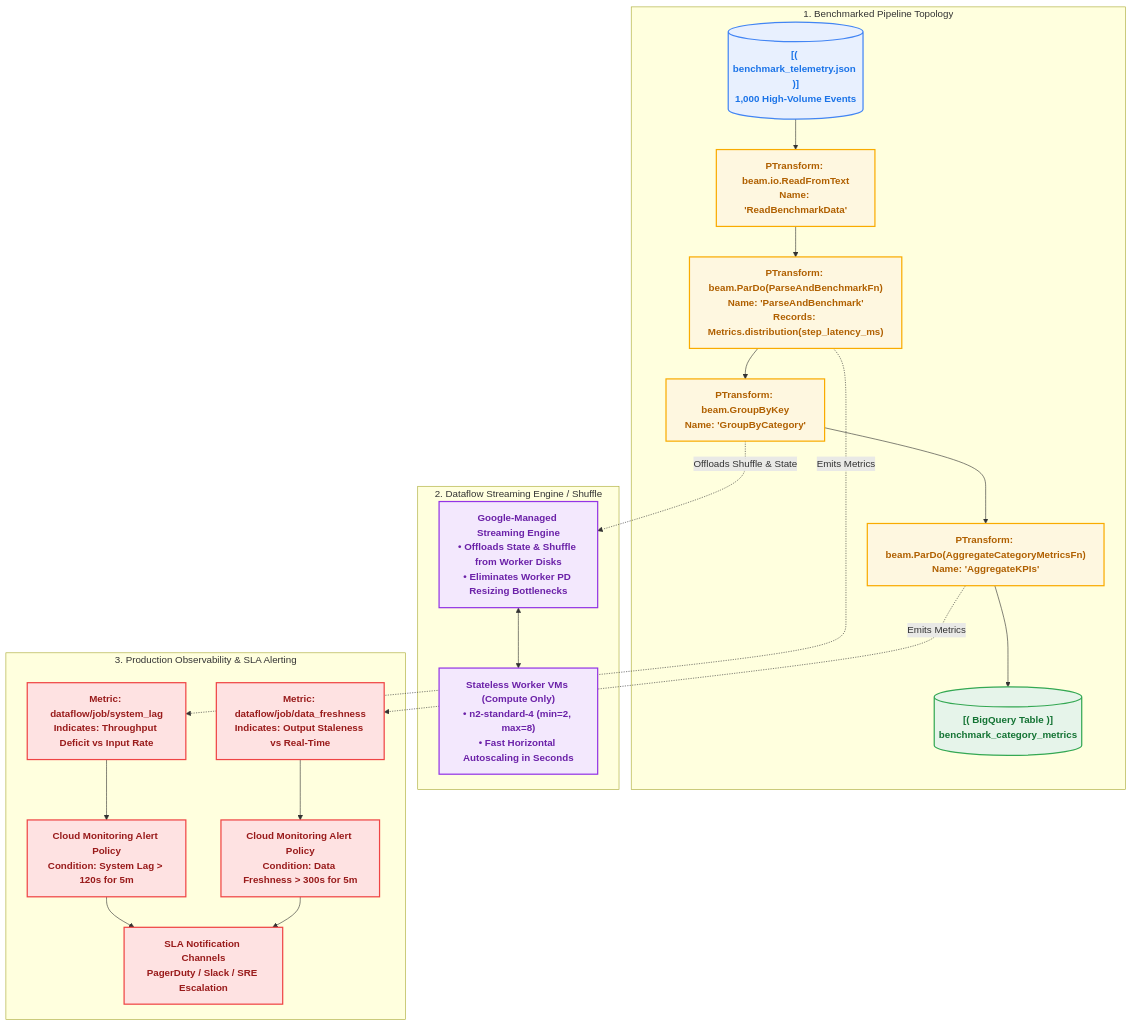
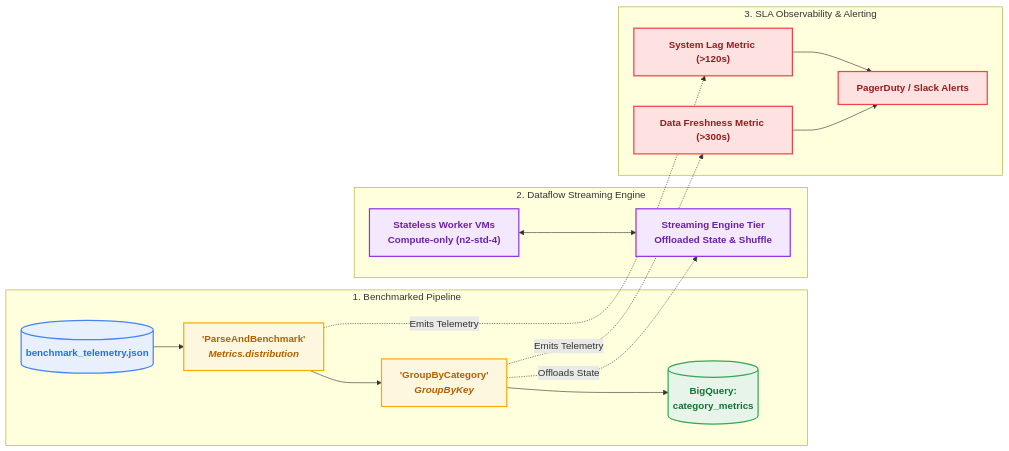
Before and after one commit to EilinLux/dataflow-workshops: the diagram in 05_streaming_engine_and_monitoring/README.md, drawn with Mermaid. The commit also changed 30 other files, not shown here.

Commit message:
docs: redraw and pack all mermaid diagrams into compact horizontal layouts

````diff
--- a/05_streaming_engine_and_monitoring/README.md
+++ b/05_streaming_engine_and_monitoring/README.md
@@ -24,48 +24,34 @@
 ```mermaid
-flowchart TD
+flowchart LR
     classDef pcoll fill:#e8f0fe,stroke:#4285f4,stroke-width:2px,color:#1a73e8,font-weight:bold;
     classDef ptrans fill:#fef7e0,stroke:#f9ab00,stroke-width:2px,color:#b06000,font-weight:bold;
     classDef sink fill:#e6f4ea,stroke:#34a853,stroke-width:2px,color:#137333,font-weight:bold;
     classDef engine fill:#f3e8fd,stroke:#9334e6,stroke-width:2px,color:#6b21a8,font-weight:bold;
     classDef alert fill:#fee2e2,stroke:#ef4444,stroke-width:2px,color:#991b1b,font-weight:bold;
 
-    subgraph Pipeline["1. Benchmarked Pipeline Topology"]
-        INPUT_DATA[("[( benchmark_telemetry.json )]<br/>1,000 High-Volume Events")]:::pcoll
-        T_READ["PTransform: beam.io.ReadFromText<br/>Name: 'ReadBenchmarkData'"]:::ptrans
-        T_BENCH["PTransform: beam.ParDo(ParseAndBenchmarkFn)<br/>Name: 'ParseAndBenchmark'<br/>Records: Metrics.distribution(step_latency_ms)"]:::ptrans
-        T_GBK["PTransform: beam.GroupByKey<br/>Name: 'GroupByCategory'"]:::ptrans
-        T_AGG["PTransform: beam.ParDo(AggregateCategoryMetricsFn)<br/>Name: 'AggregateKPIs'"]:::ptrans
-        BQ_SINK[("[( BigQuery Table )]<br/>benchmark_category_metrics")]:::sink
+    subgraph Pipeline["1. Benchmarked Pipeline"]
+        INPUT[("benchmark_telemetry.json")]:::pcoll
+        BENCH["'ParseAndBenchmark'<br/><i>Metrics.distribution</i>"]:::ptrans
+        GBK["'GroupByCategory'<br/><i>GroupByKey</i>"]:::ptrans
+        BQ[("BigQuery:<br/>category_metrics")]:::sink
+        INPUT --> BENCH --> GBK --> BQ
     end
 
-    subgraph EngineArch["2. Dataflow Streaming Engine / Shuffle"]
-        WORKER_VM["Stateless Worker VMs (Compute Only)<br/>• n2-standard-4 (min=2, max=8)<br/>• Fast Horizontal Autoscaling in Seconds"]:::engine
-        STREAMING_ENGINE["Google-Managed Streaming Engine<br/>• Offloads State & Shuffle from Worker Disks<br/>• Eliminates Worker PD Resizing Bottlenecks"]:::engine
+    subgraph EngineArch["2. Dataflow Streaming Engine"]
+        WORKERS["Stateless Worker VMs<br/>Compute-only (n2-std-4)"]:::engine
+        SE["Streaming Engine Tier<br/>Offloaded State & Shuffle"]:::engine
+        WORKERS <--> SE
     end
 
-    subgraph MonitoringFlow["3. Production Observability & SLA Alerting"]
-        METRIC_LAG["Metric: dataflow/job/system_lag<br/>Indicates: Throughput Deficit vs Input Rate"]:::alert
-        METRIC_FRESH["Metric: dataflow/job/data_freshness<br/>Indicates: Output Staleness vs Real-Time"]:::alert
-        ALERT_LAG["Cloud Monitoring Alert Policy<br/>Condition: System Lag &gt; 120s for 5m"]:::alert
-        ALERT_FRESH["Cloud Monitoring Alert Policy<br/>Condition: Data Freshness &gt; 300s for 5m"]:::alert
-        NOTIF_CHAN["SLA Notification Channels<br/>PagerDuty / Slack / SRE Escalation"]:::alert
+    subgraph Monitoring["3. SLA Observability & Alerting"]
+        LAG["System Lag Metric (>120s)"]:::alert
+        FRESH["Data Freshness Metric (>300s)"]:::alert
+        PAGER["PagerDuty / Slack Alerts"]:::alert
+        LAG --> PAGER
+        FRESH --> PAGER
     end
 
-    INPUT_DATA --> T_READ
-    T_READ --> T_BENCH
-    T_BENCH --> T_GBK
-    T_GBK --> T_AGG
-    T_AGG --> BQ_SINK
-
-    T_GBK -. "Offloads Shuffle & State" .-> STREAMING_ENGINE
-    STREAMING_ENGINE <--> WORKER_VM
-
-    T_BENCH -. "Emits Metrics" .-> METRIC_LAG
-    T_AGG -. "Emits Metrics" .-> METRIC_FRESH
-
-    METRIC_LAG --> ALERT_LAG
-    METRIC_FRESH --> ALERT_FRESH
-
-    ALERT_LAG --> NOTIF_CHAN
-    ALERT_FRESH --> NOTIF_CHAN
+    GBK -. "Offloads State" .-> SE
+    BENCH -. "Emits Telemetry" .-> LAG
+    GBK -. "Emits Telemetry" .-> FRESH
 ```
````
